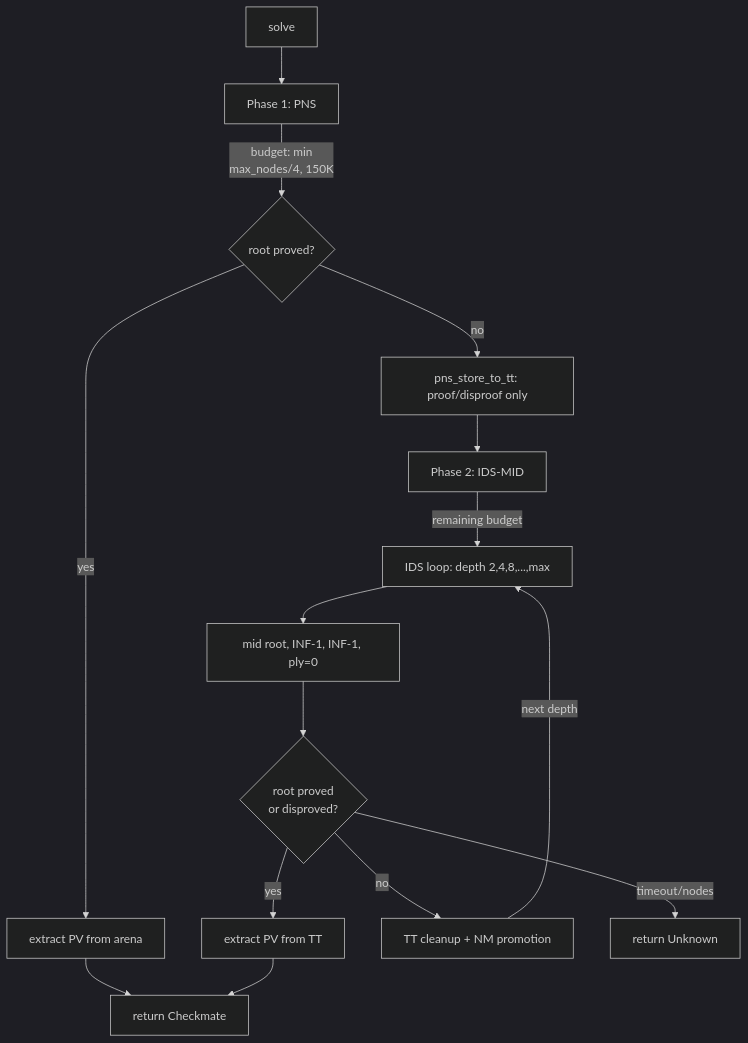
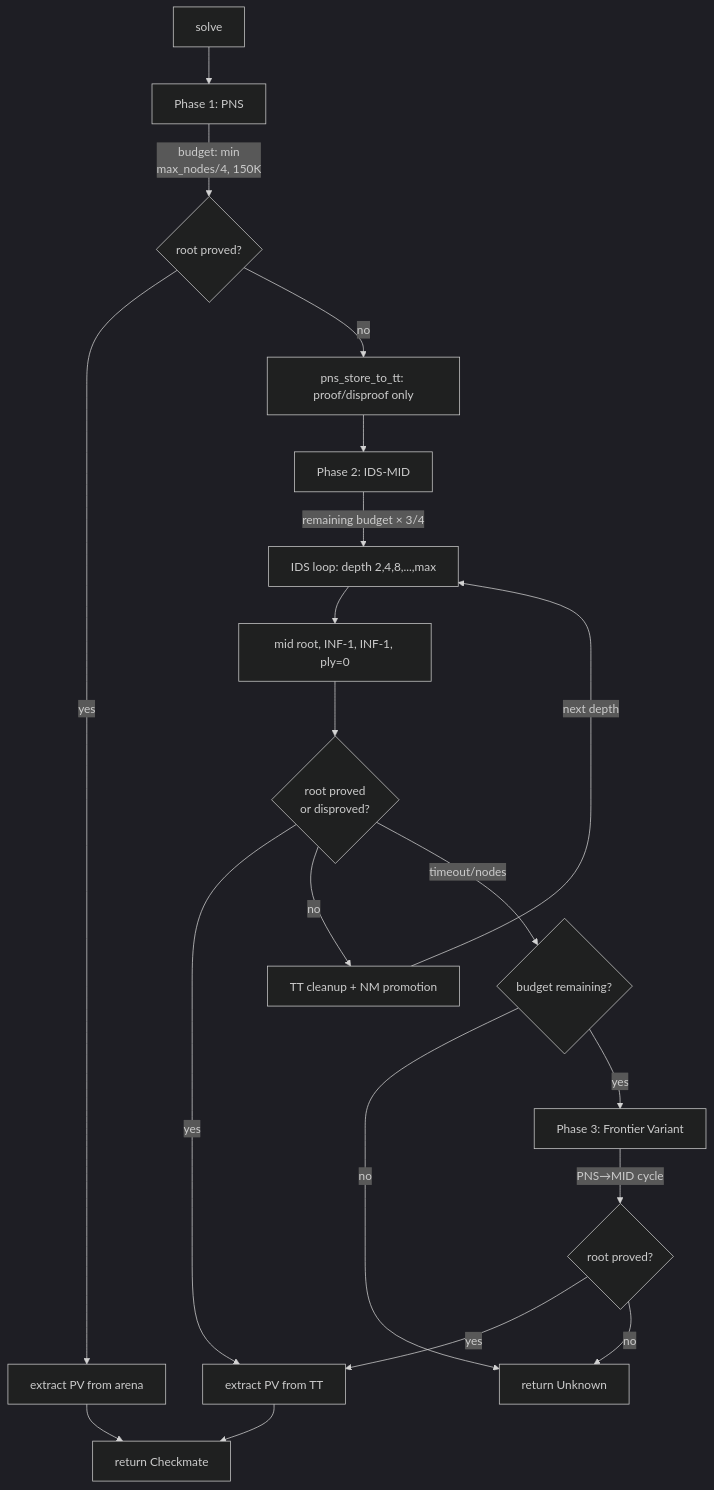
Before and after one commit to dousu/maou: the first of 3 diagrams in docs/design/tsume-solver-design.md, drawn with Mermaid (dark theme). The commit also changed other lines of this file, not shown here.

````diff
--- a/docs/design/tsume-solver-design.md
+++ b/docs/design/tsume-solver-design.md
@@ -169,17 +179,22 @@
 ```mermaid
 flowchart TD
     A[solve] --> B[Phase 1: PNS]
     B -->|budget: min\nmax_nodes/4, 150K| C{root proved?}
     C -->|yes| D[extract PV from arena]
     C -->|no| E[pns_store_to_tt: proof/disproof only]
     E --> F[Phase 2: IDS-MID]
-    F -->|remaining budget| G[IDS loop: depth 2,4,8,...,max]
+    F -->|remaining budget × 3/4| G[IDS loop: depth 2,4,8,...,max]
     G --> H[mid root, INF-1, INF-1, ply=0]
     H --> I{root proved\nor disproved?}
     I -->|yes| J[extract PV from TT]
     I -->|no| K[TT cleanup + NM promotion]
     K -->|next depth| G
-    I -->|timeout/nodes| L[return Unknown]
+    I -->|timeout/nodes| N{budget remaining?}
+    N -->|no| L[return Unknown]
+    N -->|yes| O[Phase 3: Frontier Variant]
+    O -->|PNS→MID cycle| P{root proved?}
+    P -->|yes| J
+    P -->|no| L
     D --> M[return Checkmate]
     J --> M
 ```
````
